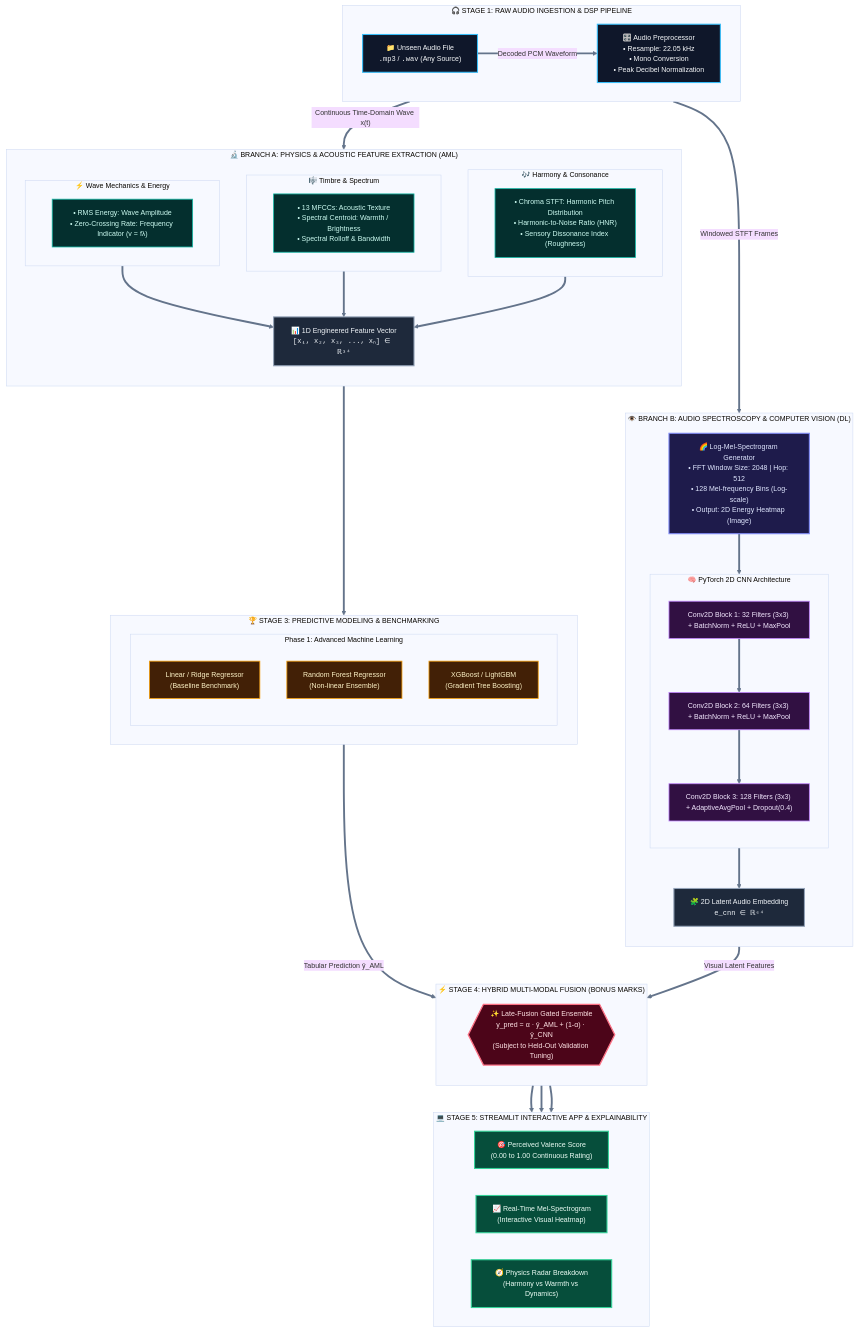
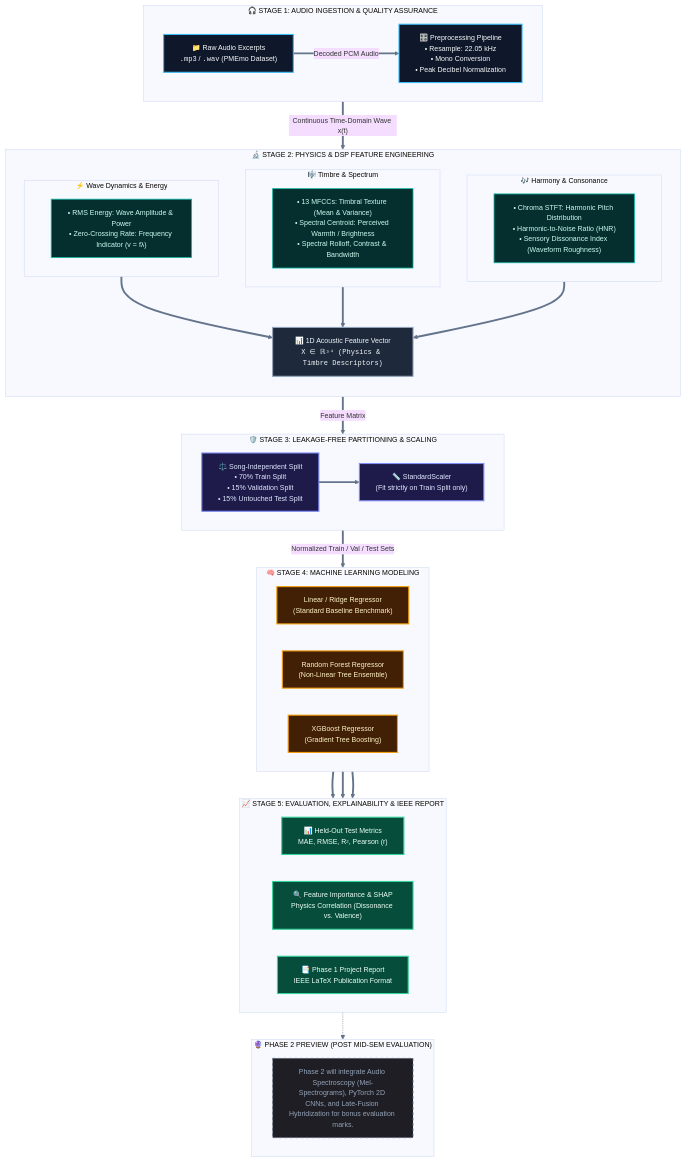
The diagram in README.md (adnan275/HarmoniX), drawn with Mermaid before and after one commit. The commit also changed other lines of this file, not shown here.

Commit message:
docs: align README and architecture strictly with Phase 1 ML evaluation rubric

````diff
--- a/README.md
+++ b/README.md
@@ -27,78 +28,70 @@
 ```mermaid
 %%{init: {'theme': 'base', 'themeVariables': { 'fontFamily': 'Inter, system-ui, sans-serif', 'fontSize': '13px', 'lineColor': '#64748b' }}}%%
 flowchart TB
 
-    subgraph S1["🎧 STAGE 1: RAW AUDIO INGESTION & DSP PIPELINE"]
+    subgraph S1["🎧 STAGE 1: AUDIO INGESTION & QUALITY ASSURANCE"]
         direction LR
-        RAW["📁 Unseen Audio File<br/><code>.mp3</code> / <code>.wav</code> (Any Source)"]:::inputNode
-        PRE["🎛️ Audio Preprocessor<br/>• Resample: 22.05 kHz<br/>• Mono Conversion<br/>• Peak Decibel Normalization"]:::inputNode
-        RAW ==>|"Decoded PCM Waveform"| PRE
+        RAW["📁 Raw Audio Excerpts<br/><code>.mp3</code> / <code>.wav</code> (PMEmo Dataset)"]:::inputNode
+        PRE["🎛️ Preprocessing Pipeline<br/>• Resample: 22.05 kHz<br/>• Mono Conversion<br/>• Peak Decibel Normalization"]:::inputNode
+        RAW ==>|"Decoded PCM Audio"| PRE
     end
 
-    PRE ==>|"Continuous Time-Domain Wave x(t)"| S2A
-    PRE ==>|"Windowed STFT Frames"| S2B
+    PRE ==>|"Continuous Time-Domain Wave x(t)"| S2
 
-    subgraph S2A["🔬 BRANCH A: PHYSICS & ACOUSTIC FEATURE EXTRACTION (AML)"]
+    subgraph S2["🔬 STAGE 2: PHYSICS & DSP FEATURE ENGINEERING"]
         direction TB
-        subgraph P1["⚡ Wave Mechanics & Energy"]
-            F_ENERGY["• RMS Energy: Wave Amplitude<br/>• Zero-Crossing Rate: Frequency Indicator (v = fλ)"]:::dspNode
+        subgraph P1["⚡ Wave Dynamics & Energy"]
+            F_ENERGY["• RMS Energy: Wave Amplitude & Power<br/>• Zero-Crossing Rate: Frequency Indicator (v = fλ)"]:::dspNode
         end
         subgraph P2["🎼 Timbre & Spectrum"]
-            F_SPEC["• 13 MFCCs: Acoustic Texture<br/>• Spectral Centroid: Warmth / Brightness<br/>• Spectral Rolloff & Bandwidth"]:::dspNode
+            F_SPEC["• 13 MFCCs: Timbral Texture (Mean & Variance)<br/>• Spectral Centroid: Perceived Warmth / Brightness<br/>• Spectral Rolloff, Contrast & Bandwidth"]:::dspNode
         end
         subgraph P3["🎶 Harmony & Consonance"]
-            F_HARM["• Chroma STFT: Harmonic Pitch Distribution<br/>• Harmonic-to-Noise Ratio (HNR)<br/>• Sensory Dissonance Index (Roughness)"]:::dspNode
+            F_HARM["• Chroma STFT: Harmonic Pitch Distribution<br/>• Harmonic-to-Noise Ratio (HNR)<br/>• Sensory Dissonance Index (Waveform Roughness)"]:::dspNode
         end
-        VEC["📊 1D Engineered Feature Vector<br/><code>[x₁, x₂, x₃, ..., xₙ] ∈ ℝ³⁴</code>"]:::featNode
+        VEC["📊 1D Acoustic Feature Vector<br/><code>X ∈ ℝ³⁴ (Physics & Timbre Descriptors)</code>"]:::featNode
         P1 & P2 & P3 ==> VEC
     end
 
-    subgraph S2B["👁️ BRANCH B: AUDIO SPECTROSCOPY & COMPUTER VISION (DL)"]
-        direction TB
-        MEL["🌈 Log-Mel-Spectrogram Generator<br/>• FFT Window Size: 2048 | Hop: 512<br/>• 128 Mel-frequency Bins (Log-scale)<br/>• Output: 2D Energy Heatmap (Image)"]:::specNode
-        
-        subgraph CNN_ARCH["🧠 PyTorch 2D CNN Architecture"]
-            direction TB
-            C1["Conv2D Block 1: 32 Filters (3x3) + BatchNorm + ReLU + MaxPool"]:::dlNode
-            C2["Conv2D Block 2: 64 Filters (3x3) + BatchNorm + ReLU + MaxPool"]:::dlNode
-            C3["Conv2D Block 3: 128 Filters (3x3) + AdaptiveAvgPool + Dropout(0.4)"]:::dlNode
-            C1 ==> C2 ==> C3
-        end
-        EMB["🧩 2D Latent Audio Embedding<br/><code>e_cnn ∈ ℝ⁶⁴</code>"]:::featNode
-        MEL ==> CNN_ARCH ==> EMB
+    VEC ==>|"Feature Matrix"| S3
+
+    subgraph S3["🛡️ STAGE 3: LEAKAGE-FREE PARTITIONING & SCALING"]
+        direction LR
+        SPLIT["⚖️ Song-Independent Split<br/>• 70% Train Split<br/>• 15% Validation Split<br/>• 15% Untouched Test Split"]:::splitNode
+        SCALE["📏 StandardScaler<br/>(Fit strictly on Train Split only)"]:::splitNode
+        SPLIT ==> SCALE
     end
 
-    subgraph S3["🏆 STAGE 3: PREDICTIVE MODELING & BENCHMARKING"]
+    SCALE ==>|"Normalized Train / Val / Test Sets"| S4
+
+    subgraph S4["🧠 STAGE 4: MACHINE LEARNING MODELING"]
         direction LR
-        subgraph ML_MODELS["Phase 1: Advanced Machine Learning"]
-            M1["Linear / Ridge Regressor<br/>(Baseline Benchmark)"]:::mlNode
-            M2["Random Forest Regressor<br/>(Non-linear Ensemble)"]:::mlNode
-            M3["XGBoost / LightGBM<br/>(Gradient Tree Boosting)"]:::mlNode
-        end
-        VEC ==> ML_MODELS
+        M1["Linear / Ridge Regressor<br/>(Standard Baseline Benchmark)"]:::mlNode
+        M2["Random Forest Regressor<br/>(Non-Linear Tree Ensemble)"]:::mlNode
+        M3["XGBoost Regressor<br/>(Gradient Tree Boosting)"]:::mlNode
     end
 
-    subgraph S4["⚡ STAGE 4: HYBRID MULTI-MODAL FUSION (BONUS MARKS)"]
-        direction TB
-        FUSION{{"✨ Late-Fusion Gated Ensemble<br/>y_pred = α · ŷ_AML + (1-α) · ŷ_CNN<br/>(Subject to Held-Out Validation Tuning)"}}:::fusionNode
-        ML_MODELS ==>|"Tabular Prediction ŷ_AML"| FUSION
-        EMB ==>|"Visual Latent Features"| FUSION
+    M1 & M2 & M3 ==> S5
+
+    subgraph S5["📈 STAGE 5: EVALUATION, EXPLAINABILITY & IEEE REPORT"]
+        direction LR
+        OUT1["📊 Held-Out Test Metrics<br/>MAE, RMSE, R², Pearson (r)"]:::evalNode
+        OUT2["🔍 Feature Importance & SHAP<br/>Physics Correlation (Dissonance vs. Valence)"]:::evalNode
+        OUT3["📑 Phase 1 Project Report<br/>IEEE LaTeX Publication Format"]:::evalNode
     end
 
-    subgraph S5["💻 STAGE 5: STREAMLIT INTERACTIVE APP & EXPLAINABILITY"]
+    subgraph S6["🔮 PHASE 2 PREVIEW (POST MID-SEM EVALUATION)"]
         direction LR
-        OUT1["🎯 Perceived Valence Score<br/>(0.00 to 1.00 Continuous Rating)"]:::outNode
-        OUT2["📈 Real-Time Mel-Spectrogram<br/>(Interactive Visual Heatmap)"]:::outNode
-        OUT3["🧭 Physics Radar Breakdown<br/>(Harmony vs Warmth vs Dynamics)"]:::outNode
-        FUSION ==> OUT1 & OUT2 & OUT3
+        P2_NOTE["Phase 2 will integrate Audio Spectroscopy (Mel-Spectrograms), PyTorch 2D CNNs, and Late-Fusion Hybridization for bonus evaluation marks."]:::previewNode
     end
+
+    S5 -.-> S6
 
     classDef inputNode fill:#0f172a,stroke:#38bdf8,stroke-width:2px,color:#f8fafc;
     classDef dspNode fill:#042f2e,stroke:#14b8a6,stroke-width:1.5px,color:#ccfbf1;
-    classDef specNode fill:#1e1b4b,stroke:#818cf8,stroke-width:2px,color:#e0e7ff;
-    classDef dlNode fill:#311042,stroke:#c084fc,stroke-width:1.5px,color:#f3e8ff;
-    classDef mlNode fill:#422006,stroke:#f59e0b,stroke-width:1.5px,color:#fef3c7;
     classDef featNode fill:#1e293b,stroke:#94a3b8,stroke-width:2px,color:#f1f5f9;
-    classDef fusionNode fill:#4c0519,stroke:#fb7185,stroke-width:2.5px,color:#ffe4e6;
-    classDef outNode fill:#064e3b,stroke:#34d399,stroke-width:2px,color:#ecfdf5;
+    classDef splitNode fill:#1e1b4b,stroke:#818cf8,stroke-width:2px,color:#e0e7ff;
+    classDef mlNode fill:#422006,stroke:#f59e0b,stroke-width:2px,color:#fef3c7;
+    classDef evalNode fill:#064e3b,stroke:#34d399,stroke-width:2px,color:#ecfdf5;
+    classDef previewNode fill:#1e1e24,stroke:#64748b,stroke-width:1.5px,stroke-dasharray: 5 5,color:#94a3b8;
 ```
````
